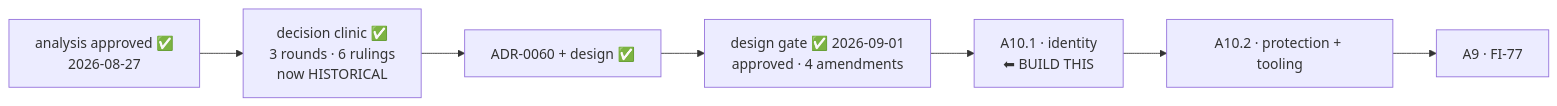
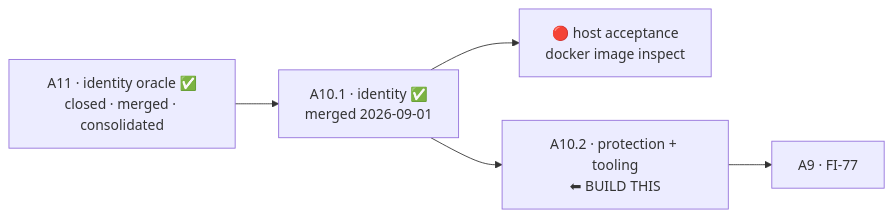
One commit to alergyonthestage/claude-orchestrator changed the diagram in docs/maintainers/handoff.md. Above: the diagram before and after it, drawn with Mermaid. The commit also changed other lines of this file, not shown here.

First line of the commit message:
docs(handoff): A10.1 merged and consolidated; A10.2 is next

````diff
--- a/docs/maintainers/handoff.md
+++ b/docs/maintainers/handoff.md
@@ -16,9 +16,7 @@
 ```mermaid
 flowchart LR
-    AN["analysis approved ✅<br/>2026-08-27"] --> CL["decision clinic ✅<br/>3 rounds · 6 rulings<br/>now HISTORICAL"]
-    CL --> ADR["ADR-0060 + design ✅"]
-    ADR --> GATE["design gate ✅ 2026-09-01<br/>approved · 4 amendments"]
-    GATE --> A101["A10.1 · identity<br/>⬅ BUILD THIS"]
-    A101 --> A102["A10.2 · protection + tooling"]
+    A11["A11 · identity oracle ✅<br/>closed · merged · consolidated"] --> A101["A10.1 · identity ✅<br/>merged 2026-09-01"]
+    A101 --> ACC["🔴 host acceptance<br/>docker image inspect"]
+    A101 --> A102["A10.2 · protection + tooling<br/>⬅ BUILD THIS"]
     A102 --> A9["A9 · FI-77"]
 ```
````
